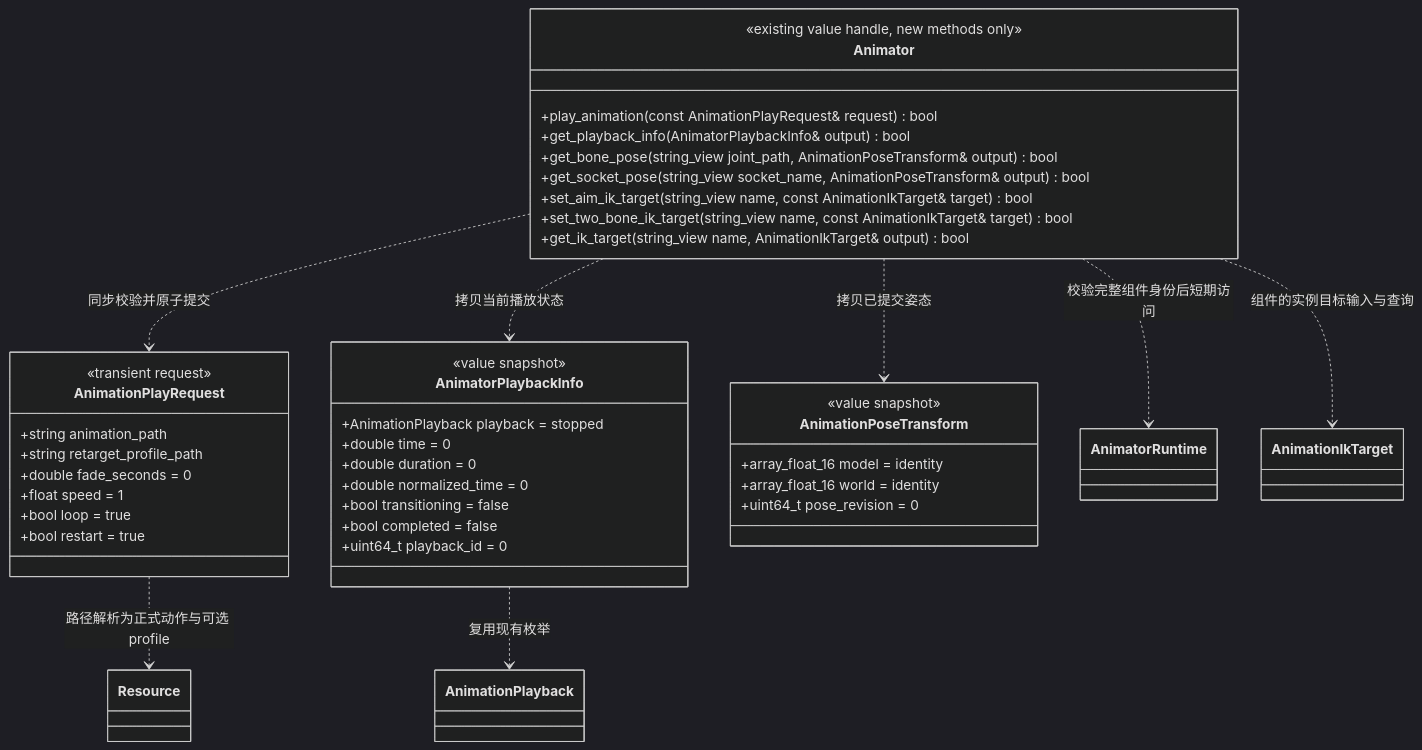
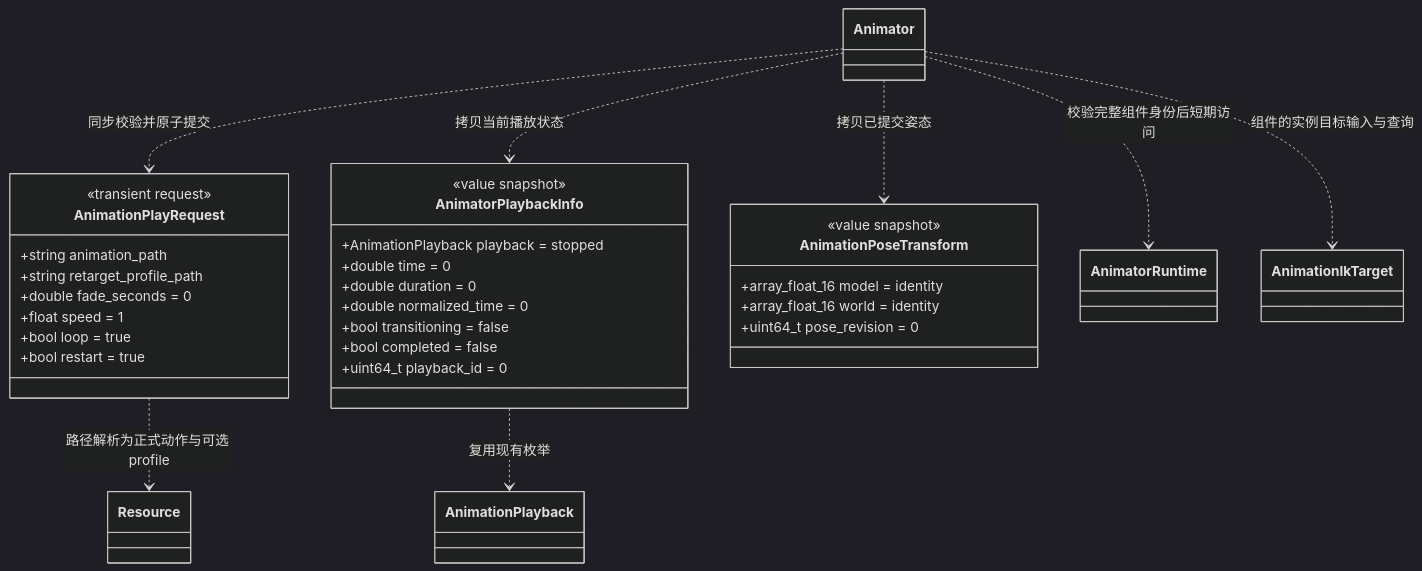
Before and after one commit to lcals/Engine: the first of 3 diagrams in docs/runtime/class-diagrams/animation-rigging.md, drawn with Mermaid (dark theme). The commit also changed other lines of this file and 125 other files, not shown here.

First line of the commit message:
Fix engine architecture contracts and recovery paths

````diff
--- a/docs/runtime/class-diagrams/animation-rigging.md
+++ b/docs/runtime/class-diagrams/animation-rigging.md
@@ -11,49 +11,40 @@
 ```mermaid
 classDiagram
-    class Animator {
-        <<existing value handle, new methods only>>
-        +play_animation(const AnimationPlayRequest& request) bool
-        +get_playback_info(AnimatorPlaybackInfo& output) bool
-        +get_bone_pose(string_view joint_path, AnimationPoseTransform& output) bool
-        +get_socket_pose(string_view socket_name, AnimationPoseTransform& output) bool
-        +set_aim_ik_target(string_view name, const AnimationIkTarget& target) bool
-        +set_two_bone_ik_target(string_view name, const AnimationIkTarget& target) bool
-        +get_ik_target(string_view name, AnimationIkTarget& output) bool
-    }
+    class Animator
     class AnimationPlayRequest {
         <<transient request>>
         +string animation_path
         +string retarget_profile_path
         +double fade_seconds = 0
         +float speed = 1
         +bool loop = true
         +bool restart = true
     }
     class AnimatorPlaybackInfo {
         <<value snapshot>>
         +AnimationPlayback playback = stopped
         +double time = 0
         +double duration = 0
         +double normalized_time = 0
         +bool transitioning = false
         +bool completed = false
         +uint64_t playback_id = 0
     }
     class AnimationPoseTransform {
         <<value snapshot>>
         +array_float_16 model = identity
         +array_float_16 world = identity
         +uint64_t pose_revision = 0
     }
     class AnimationPlayback
     class AnimatorRuntime
     class AnimationIkTarget
     class Resource
     Animator ..> AnimationPlayRequest : 同步校验并原子提交
     Animator ..> AnimatorPlaybackInfo : 拷贝当前播放状态
     Animator ..> AnimationPoseTransform : 拷贝已提交姿态
     Animator ..> AnimationIkTarget : 组件的实例目标输入与查询
     Animator ..> AnimatorRuntime : 校验完整组件身份后短期访问
     AnimatorPlaybackInfo ..> AnimationPlayback : 复用现有枚举
     AnimationPlayRequest ..> Resource : 路径解析为正式动作与可选 profile
 ```
````
